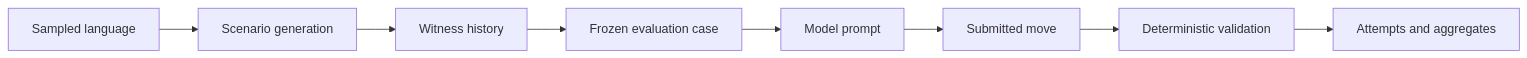
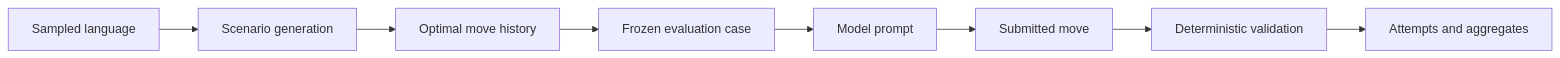
Before and after one commit to maximilian-armuss-dev/frabble: the diagram in docs/README.md, drawn with Mermaid. The commit also changed other lines of this file and 35 other files, not shown here.

Commit message:
+ Implement optimal move solver + Rename "witness" to "optimal move"

````diff
--- a/docs/README.md
+++ b/docs/README.md
@@ -7,10 +7,10 @@
 ```mermaid
 flowchart LR
     Grammar["Sampled language"] --> Generator["Scenario generation"]
-    Generator --> Scenario["Witness history"]
+    Generator --> Scenario["Optimal move history"]
     Scenario --> Case["Frozen evaluation case"]
     Case --> Prompt["Model prompt"]
     Prompt --> Move["Submitted move"]
     Move --> Validation["Deterministic validation"]
     Validation --> Results["Attempts and aggregates"]
 ```
````
